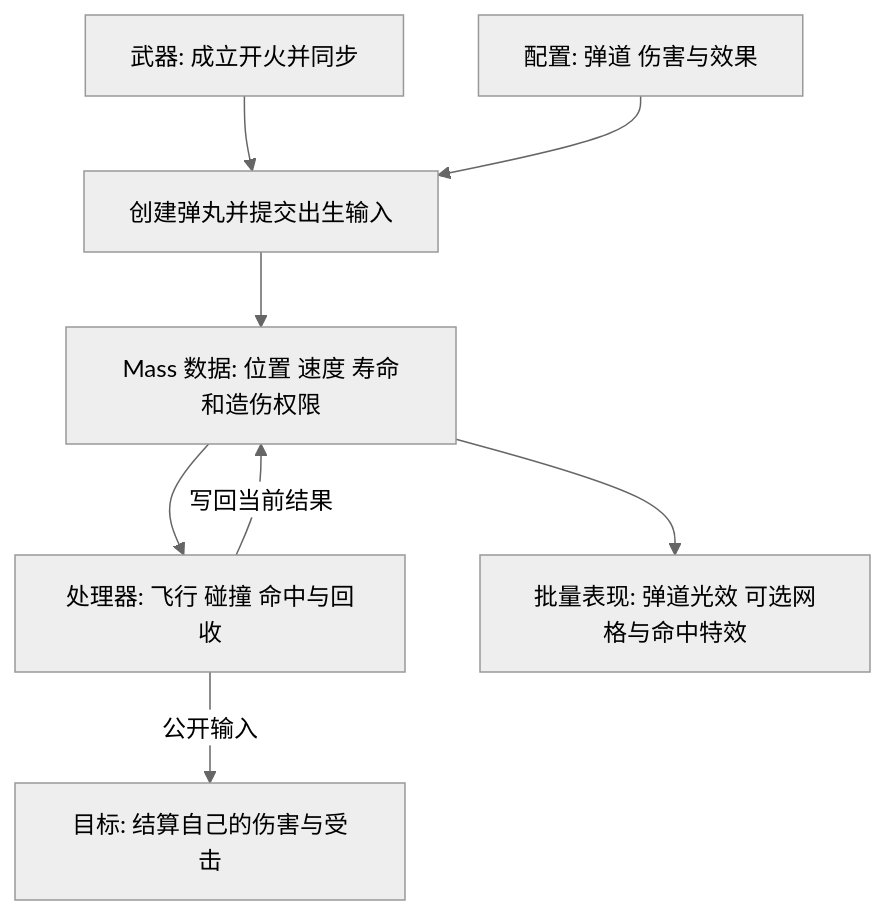
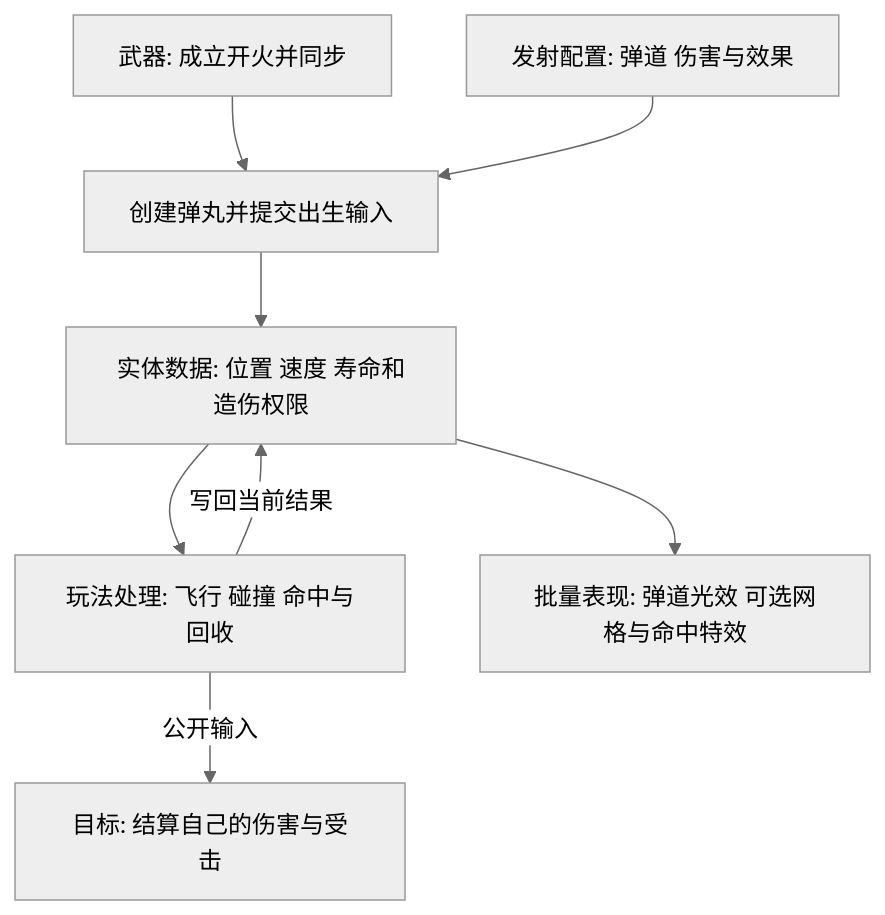
The first of 3 diagrams in Mass/Instance/Projectile/Law.md (bunkerboy258/UBBBNexus), drawn with Mermaid (neutral theme) before and after one commit. The commit also changed other lines of this file and 1 other file, not shown here.

Commit message:
Map monster and projectile directories to plain Chinese architecture terms

````diff
--- a/Mass/Instance/Projectile/Law.md
+++ b/Mass/Instance/Projectile/Law.md
@@ -7,10 +39,10 @@
 ```mermaid
 flowchart TD
-    W["武器: 成立开火并同步"] --> S["创建弹丸并提交出生输入"]
-    C["配置: 弹道 伤害与效果"] --> S
-    S --> M["Mass 数据: 位置 速度 寿命和造伤权限"]
-    M --> P["处理器: 飞行 碰撞 命中与回收"]
-    P -->|"写回当前结果"| M
-    P -->|"公开输入"| T["目标: 结算自己的伤害与受击"]
-    M --> V["批量表现: 弹道光效 可选网格与命中特效"]
+    武器["武器: 成立开火并同步"] --> 出生输入["创建弹丸并提交出生输入"]
+    发射配置["发射配置: 弹道 伤害与效果"] --> 出生输入
+    出生输入 --> 实体数据["实体数据: 位置 速度 寿命和造伤权限"]
+    实体数据 --> 玩法处理["玩法处理: 飞行 碰撞 命中与回收"]
+    玩法处理 -->|"写回当前结果"| 实体数据
+    玩法处理 -->|"公开输入"| 命中目标["目标: 结算自己的伤害与受击"]
+    实体数据 --> 弹丸表现["批量表现: 弹道光效 可选网格与命中特效"]
 ```
````
